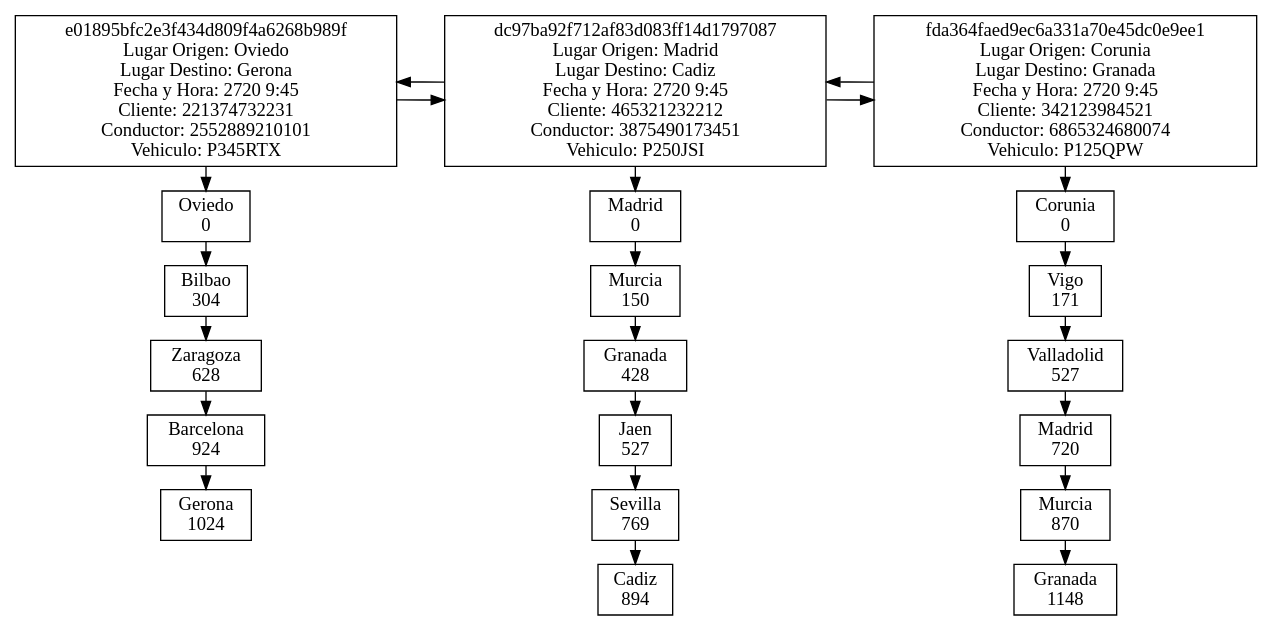
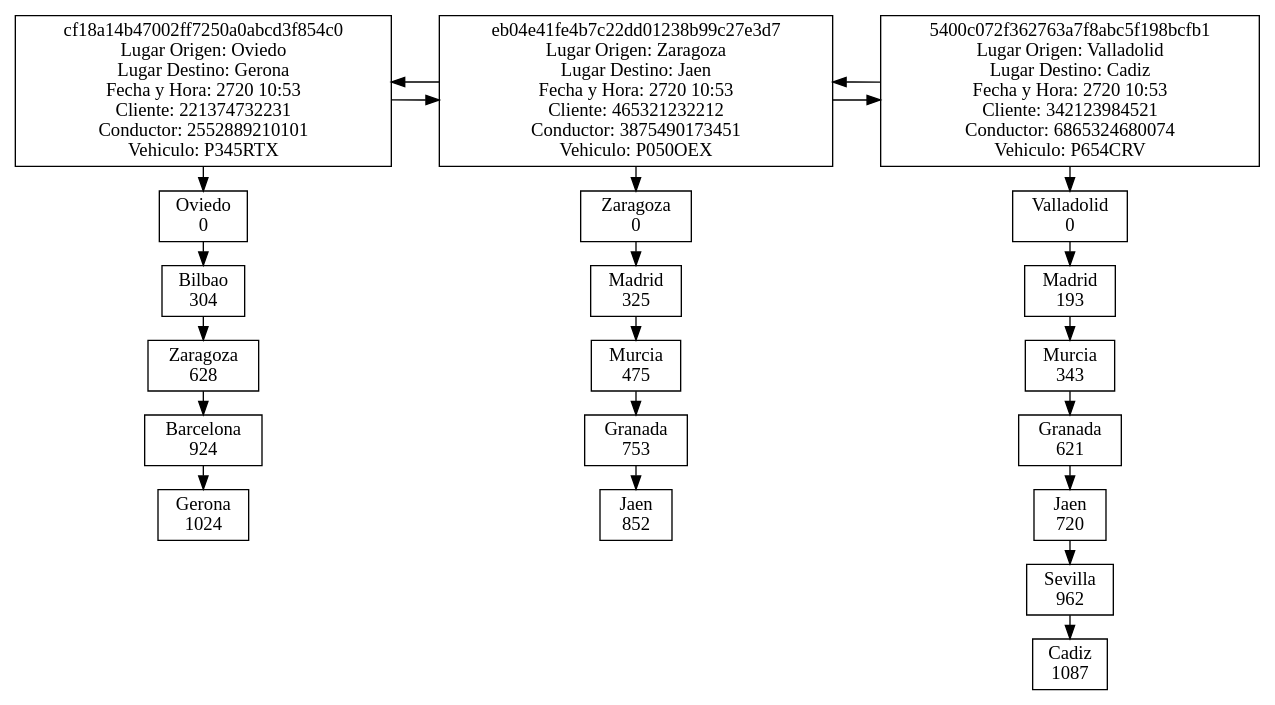
The diagram in R_BlockChain.dot (EmBarillasA94/EDD_PROYECTO2_JUNIO_201503741), drawn with Graphviz before and after one commit. The commit also changed 15 other files, not shown here.

```diff
--- a/R_BlockChain.dot
+++ b/R_BlockChain.dot
@@ -1,63 +1,63 @@
 digraph BlockChain{ 
 node[shape=box]; 
 rankdir = LR; 
 
-"27096026"[label = "e01895bfc2e3f434d809f4a6268b989f&#92;nLugar Origen: Oviedo&#92;nLugar Destino: Gerona&#92;nFecha y Hora: 2720 9:45&#92;nCliente: 221374732231&#92;nConductor: 2552889210101&#92;nVehiculo: P345RTX"] 
-"8421612"[label = "dc97ba92f712af83d083ff14d1797087&#92;nLugar Origen: Madrid&#92;nLugar Destino: Cadiz&#92;nFecha y Hora: 2720 9:45&#92;nCliente: 465321232212&#92;nConductor: 3875490173451&#92;nVehiculo: P250JSI"] 
-"2111460"[label = "fda364faed9ec6a331a70e45dc0e9ee1&#92;nLugar Origen: Corunia&#92;nLugar Destino: Granada&#92;nFecha y Hora: 2720 9:45&#92;nCliente: 342123984521&#92;nConductor: 6865324680074&#92;nVehiculo: P125QPW"] 
-"27096026"->"8421612"; 
-"8421612"->"27096026"; 
-"8421612"->"2111460"; 
-"2111460"->"8421612"; 
+"2849012"[label = "cf18a14b47002ff7250a0abcd3f854c0&#92;nLugar Origen: Oviedo&#92;nLugar Destino: Gerona&#92;nFecha y Hora: 2720 10:53&#92;nCliente: 221374732231&#92;nConductor: 2552889210101&#92;nVehiculo: P345RTX"] 
+"12545980"[label = "eb04e41fe4b7c22dd01238b99c27e3d7&#92;nLugar Origen: Zaragoza&#92;nLugar Destino: Jaen&#92;nFecha y Hora: 2720 10:53&#92;nCliente: 465321232212&#92;nConductor: 3875490173451&#92;nVehiculo: P050OEX"] 
+"2736801"[label = "5400c072f362763a7f8abc5f198bcfb1&#92;nLugar Origen: Valladolid&#92;nLugar Destino: Cadiz&#92;nFecha y Hora: 2720 10:53&#92;nCliente: 342123984521&#92;nConductor: 6865324680074&#92;nVehiculo: P654CRV"] 
+"2849012"->"12545980"; 
+"12545980"->"2849012"; 
+"12545980"->"2736801"; 
+"2736801"->"12545980"; 
 
-subgraph ruta_27096026{ 
+subgraph ruta_2849012{ 
 rank=same; 
-"Oviedo_27096026"[label="Oviedo&#92;n0"]; 
-"Bilbao_27096026"[label="Bilbao&#92;n304"]; 
-"Zaragoza_27096026"[label="Zaragoza&#92;n628"]; 
-"Barcelona_27096026"[label="Barcelona&#92;n924"]; 
-"Gerona_27096026"[label="Gerona&#92;n1024"]; 
+"Oviedo_2849012"[label="Oviedo&#92;n0"]; 
+"Bilbao_2849012"[label="Bilbao&#92;n304"]; 
+"Zaragoza_2849012"[label="Zaragoza&#92;n628"]; 
+"Barcelona_2849012"[label="Barcelona&#92;n924"]; 
+"Gerona_2849012"[label="Gerona&#92;n1024"]; 
 
-"Oviedo_27096026"->"Bilbao_27096026"; 
-"Bilbao_27096026"->"Zaragoza_27096026"; 
-"Zaragoza_27096026"->"Barcelona_27096026"; 
-"Barcelona_27096026"->"Gerona_27096026"; 
+"Oviedo_2849012"->"Bilbao_2849012"; 
+"Bilbao_2849012"->"Zaragoza_2849012"; 
+"Zaragoza_2849012"->"Barcelona_2849012"; 
+"Barcelona_2849012"->"Gerona_2849012"; 
 }
-subgraph ruta_8421612{ 
+subgraph ruta_12545980{ 
 rank=same; 
-"Madrid_8421612"[label="Madrid&#92;n0"]; 
-"Murcia_8421612"[label="Murcia&#92;n150"]; 
-"Granada_8421612"[label="Granada&#92;n428"]; 
-"Jaen_8421612"[label="Jaen&#92;n527"]; 
-"Sevilla_8421612"[label="Sevilla&#92;n769"]; 
-"Cadiz_8421612"[label="Cadiz&#92;n894"]; 
+"Zaragoza_12545980"[label="Zaragoza&#92;n0"]; 
+"Madrid_12545980"[label="Madrid&#92;n325"]; 
+"Murcia_12545980"[label="Murcia&#92;n475"]; 
+"Granada_12545980"[label="Granada&#92;n753"]; 
+"Jaen_12545980"[label="Jaen&#92;n852"]; 
 
-"Madrid_8421612"->"Murcia_8421612"; 
-"Murcia_8421612"->"Granada_8421612"; 
-"Granada_8421612"->"Jaen_8421612"; 
-"Jaen_8421612"->"Sevilla_8421612"; 
-"Sevilla_8421612"->"Cadiz_8421612"; 
+"Zaragoza_12545980"->"Madrid_12545980"; 
+"Madrid_12545980"->"Murcia_12545980"; 
+"Murcia_12545980"->"Granada_12545980"; 
+"Granada_12545980"->"Jaen_12545980"; 
 }
-subgraph ruta_2111460{ 
+subgraph ruta_2736801{ 
 rank=same; 
-"Corunia_2111460"[label="Corunia&#92;n0"]; 
-"Vigo_2111460"[label="Vigo&#92;n171"]; 
-"Valladolid_2111460"[label="Valladolid&#92;n527"]; 
-"Madrid_2111460"[label="Madrid&#92;n720"]; 
-"Murcia_2111460"[label="Murcia&#92;n870"]; 
-"Granada_2111460"[label="Granada&#92;n1148"]; 
+"Valladolid_2736801"[label="Valladolid&#92;n0"]; 
+"Madrid_2736801"[label="Madrid&#92;n193"]; 
+"Murcia_2736801"[label="Murcia&#92;n343"]; 
+"Granada_2736801"[label="Granada&#92;n621"]; 
+"Jaen_2736801"[label="Jaen&#92;n720"]; 
+"Sevilla_2736801"[label="Sevilla&#92;n962"]; 
+"Cadiz_2736801"[label="Cadiz&#92;n1087"]; 
 
-"Corunia_2111460"->"Vigo_2111460"; 
-"Vigo_2111460"->"Valladolid_2111460"; 
-"Valladolid_2111460"->"Madrid_2111460"; 
-"Madrid_2111460"->"Murcia_2111460"; 
-"Murcia_2111460"->"Granada_2111460"; 
+"Valladolid_2736801"->"Madrid_2736801"; 
+"Madrid_2736801"->"Murcia_2736801"; 
+"Murcia_2736801"->"Granada_2736801"; 
+"Granada_2736801"->"Jaen_2736801"; 
+"Jaen_2736801"->"Sevilla_2736801"; 
+"Sevilla_2736801"->"Cadiz_2736801"; 
 }
-{rank=same "27096026" "Oviedo_27096026"} 
-"27096026"->"Oviedo_27096026"; 
-{rank=same "8421612" "Madrid_8421612"} 
-"8421612"->"Madrid_8421612"; 
-{rank=same "2111460" "Corunia_2111460"} 
-"2111460"->"Corunia_2111460"; 
+{rank=same "2849012" "Oviedo_2849012"} 
+"2849012"->"Oviedo_2849012"; 
+{rank=same "12545980" "Zaragoza_12545980"} 
+"12545980"->"Zaragoza_12545980"; 
+{rank=same "2736801" "Valladolid_2736801"} 
+"2736801"->"Valladolid_2736801"; 
 
 }
```
